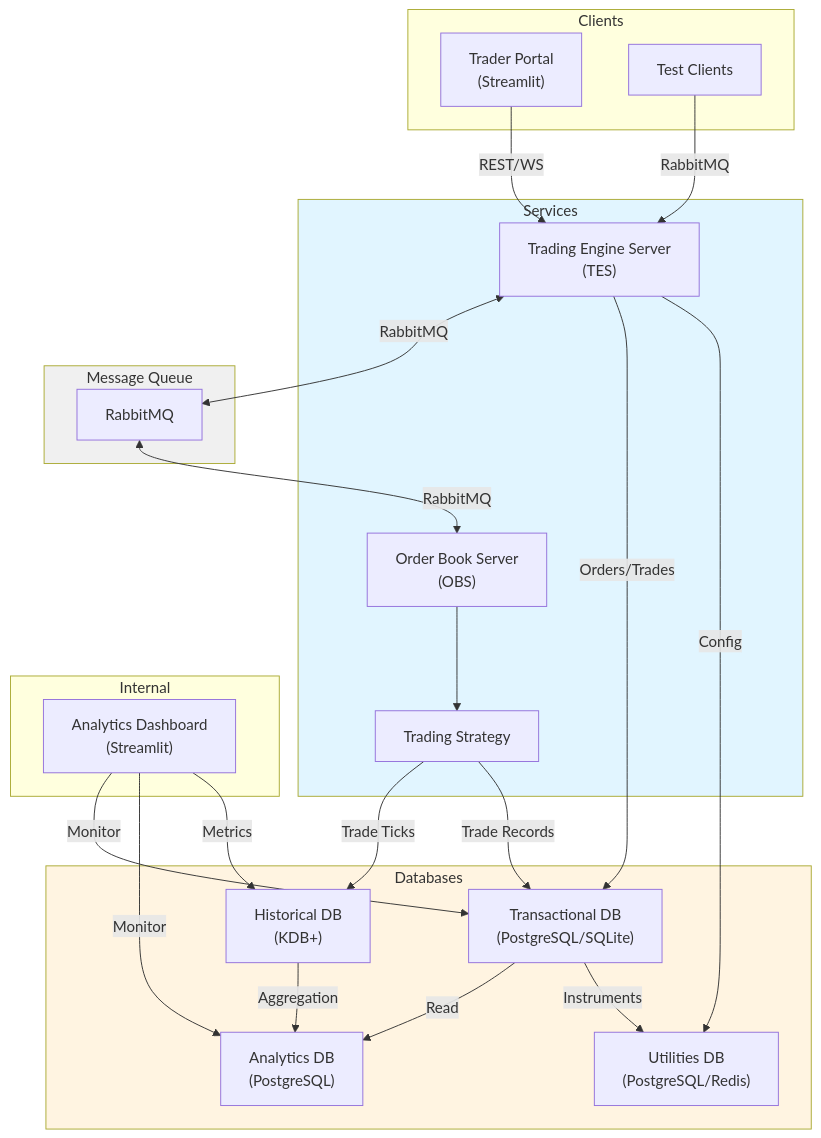
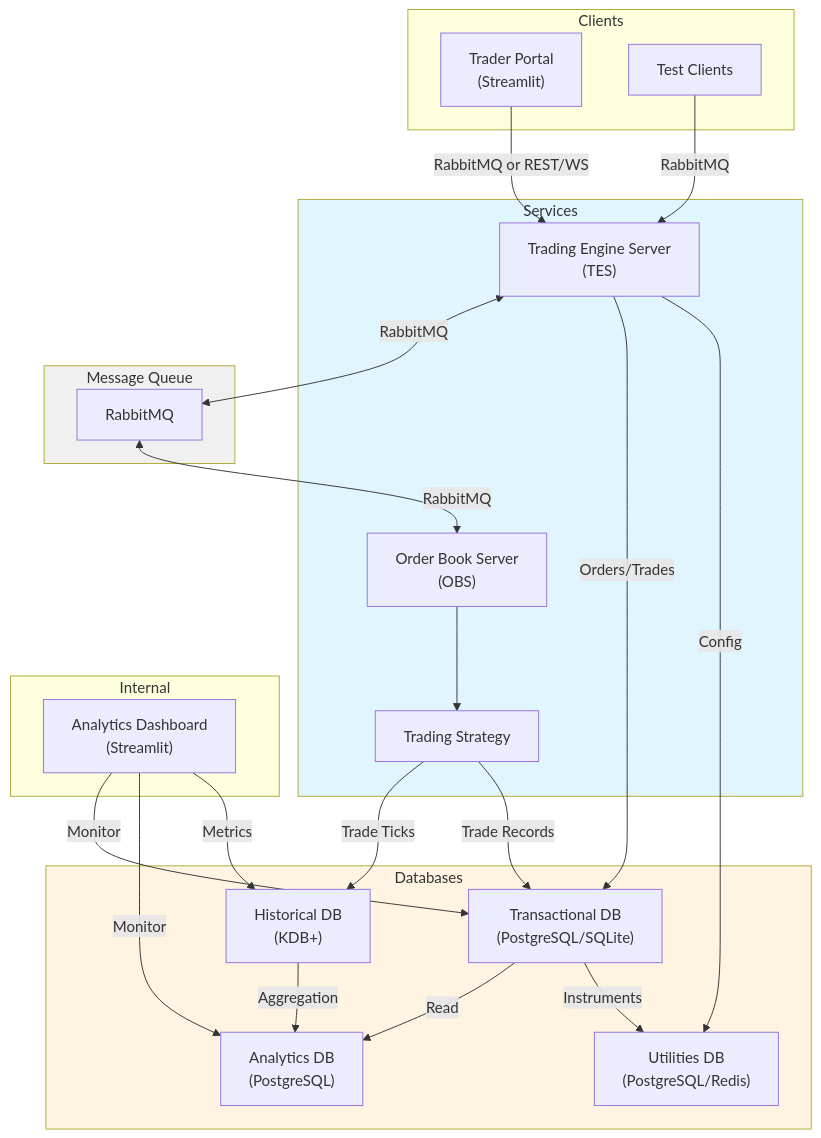
One commit to mgale694/py-trading-engine changed the diagram in README.md. Above: the diagram before and after it, drawn with Mermaid. The commit also changed 1 other file, not shown here.

Commit message:
fix: Update README and Place Order page to clarify communication methods and remove unnecessary balloons

````diff
--- a/README.md
+++ b/README.md
@@ -48,52 +48,52 @@
 ```mermaid
 flowchart TB
     subgraph Clients
         TP["Trader Portal<br/>(Streamlit)"]
         TC["Test Clients"]
     end
 
     subgraph Services
         TES["Trading Engine Server<br/>(TES)"]
         OBS["Order Book Server<br/>(OBS)"]
         STRAT["Trading Strategy"]
     end
 
     subgraph MQ["Message Queue"]
         RMQ["RabbitMQ"]
     end
 
     subgraph Databases
         TDB["Transactional DB<br/>(PostgreSQL/SQLite)"]
         KDB["Historical DB<br/>(KDB+)"]
         ADB["Analytics DB<br/>(PostgreSQL)"]
         UDB["Utilities DB<br/>(PostgreSQL/Redis)"]
     end
 
     subgraph Internal
         AD["Analytics Dashboard<br/>(Streamlit)"]
     end
 
-    TP -->|REST/WS| TES
+    TP -->|RabbitMQ or REST/WS| TES
     TC -->|RabbitMQ| TES
     TES <-->|RabbitMQ| RMQ
     RMQ <-->|RabbitMQ| OBS
     OBS --> STRAT
 
     TES -->|Orders/Trades| TDB
     STRAT -->|Trade Ticks| KDB
     STRAT -->|Trade Records| TDB
 
     KDB -->|Aggregation| ADB
     TDB -->|Read| ADB
 
     TDB -->|Instruments| UDB
     TES -->|Config| UDB
 
     AD -->|Monitor| TDB
     AD -->|Monitor| ADB
     AD -->|Metrics| KDB
 
     style Services fill:#e1f5ff
     style Databases fill:#fff4e1
     style MQ fill:#f0f0f0
 ```
````
